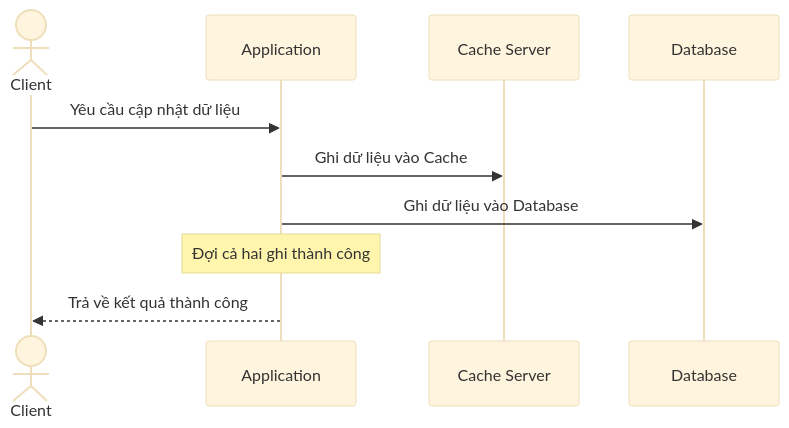
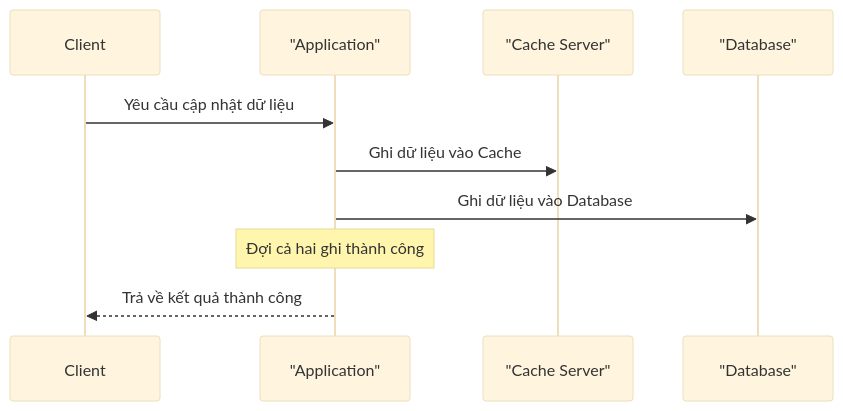
Before and after one commit to daoductam/advanced-backend-docs: the fifth of 17 diagrams in caching-design/README.md, drawn with Mermaid (base theme). The commit also changed other lines of this file and 1 other file, not shown here.

Commit message:
fix: remaining mermaid diagram parse errors

````diff
--- a/caching-design/README.md
+++ b/caching-design/README.md
@@ -213,13 +213,13 @@
 ```mermaid
 sequenceDiagram
-    actor Client
-    participant App as Application
-    participant Cache as Cache Server
-    participant DB as Database
+    participant Client
+    participant App as "Application"
+    participant Cache as "Cache Server"
+    participant DB as "Database"
     
     Client->>App: Yêu cầu cập nhật dữ liệu
     App->>Cache: Ghi dữ liệu vào Cache
     App->>DB: Ghi dữ liệu vào Database
     Note over App: Đợi cả hai ghi thành công
     App-->>Client: Trả về kết quả thành công
 ```
````
